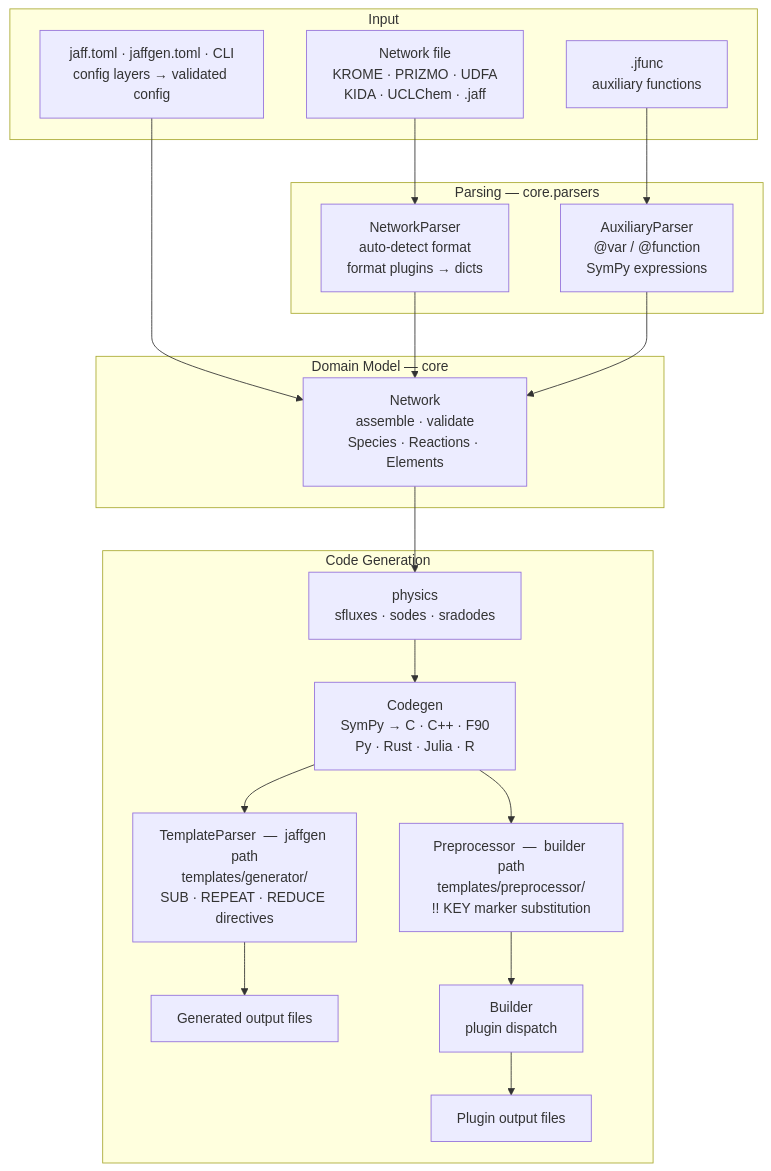
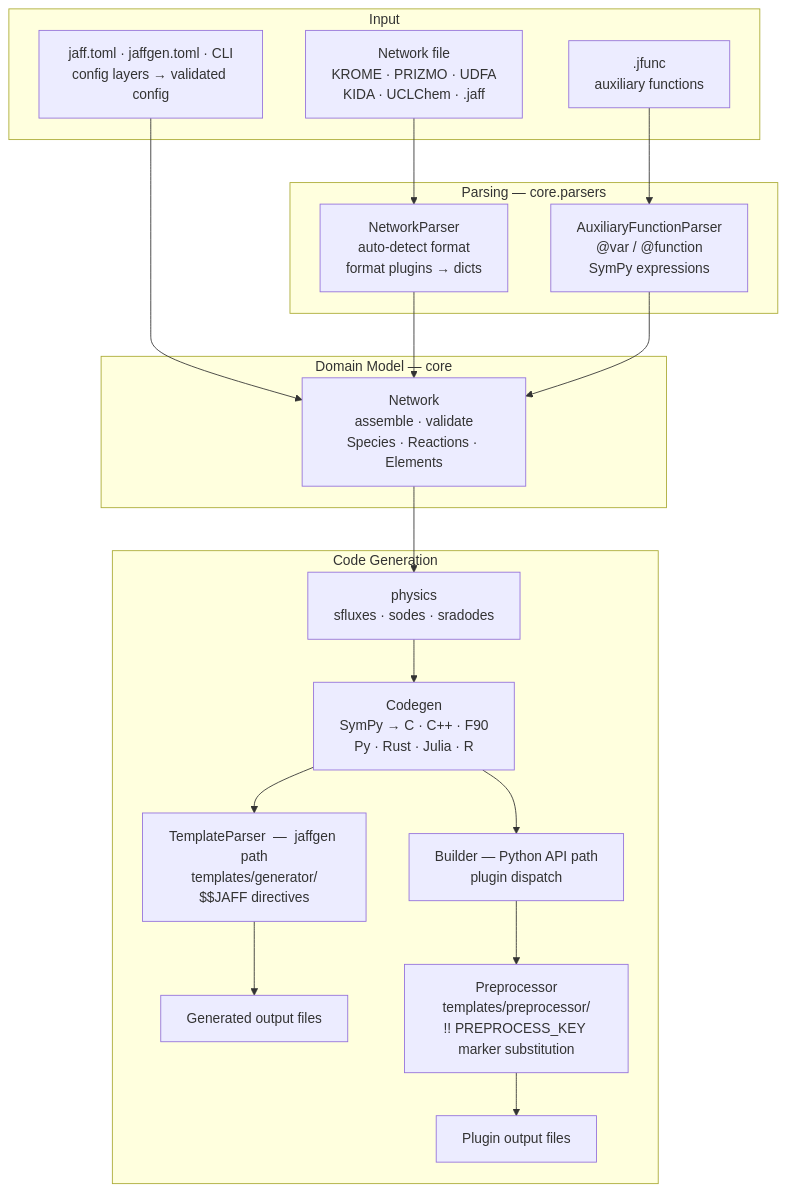
One commit to jaff-chemistry/jaff changed the diagram in docs/development/codebase-structure.md. Above: the diagram before and after it, drawn with Mermaid. The commit also changed other lines of this file and 213 other files, not shown here.

````diff
--- a/docs/development/codebase-structure.md
+++ b/docs/development/codebase-structure.md
@@ -193,40 +221,40 @@
 ```mermaid
 %%{init: {"flowchart": {"useMaxWidth": false}}}%%
 flowchart TD
     subgraph input_sg ["Input"]
         NF["Network file\nKROME · PRIZMO · UDFA\nKIDA · UCLChem · .jaff"]
         JF[".jfunc\nauxiliary functions"]
         CFG["jaff.toml · jaffgen.toml · CLI\nconfig layers → validated config"]
     end
 
     subgraph parse_sg ["Parsing  —  core.parsers"]
         NE["NetworkParser\nauto-detect format\nformat plugins → dicts"]
-        AE["AuxiliaryParser\n@var / @function\nSymPy expressions"]
+        AE["AuxiliaryFunctionParser\n@var / @function\nSymPy expressions"]
     end
 
     subgraph model_sg ["Domain Model  —  core"]
         NET["Network\nassemble · validate\nSpecies · Reactions · Elements"]
     end
 
     subgraph codegen_sg ["Code Generation"]
         EQ["physics\nsfluxes · sodes · sradodes"]
         CG["Codegen\nSymPy → C · C++ · F90\nPy · Rust · Julia · R"]
-        TP["TemplateParser  —  jaffgen path\ntemplates/generator/\nSUB · REPEAT · REDUCE directives"]
+        TP["TemplateParser  —  jaffgen path\ntemplates/generator/\n$$JAFF directives"]
         OUT_G["Generated output files"]
-        PP["Preprocessor  —  builder path\ntemplates/preprocessor/\n!! KEY marker substitution"]
-        BL["Builder\nplugin dispatch"]
+        BL["Builder  —  Python API path\nplugin dispatch"]
+        PP["Preprocessor\ntemplates/preprocessor/\n!! PREPROCESS_KEY marker substitution"]
         OUT_B["Plugin output files"]
     end
 
     NF --> NE
     JF --> AE
     CFG --> NET
 
     NE --> NET
     AE --> NET
 
     NET --> EQ --> CG
 
     CG --> TP --> OUT_G
-    CG --> PP --> BL --> OUT_B
+    CG --> BL --> PP --> OUT_B
 ```
````
